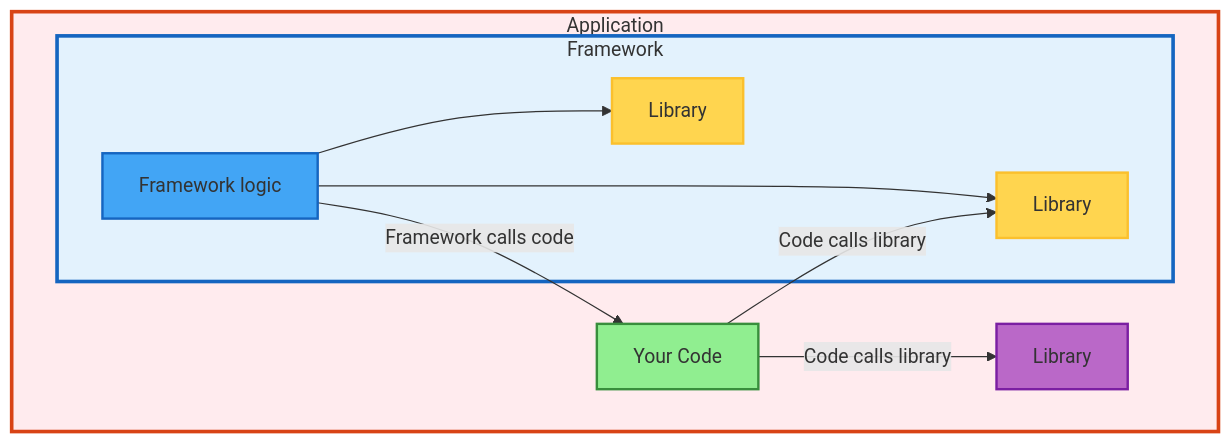
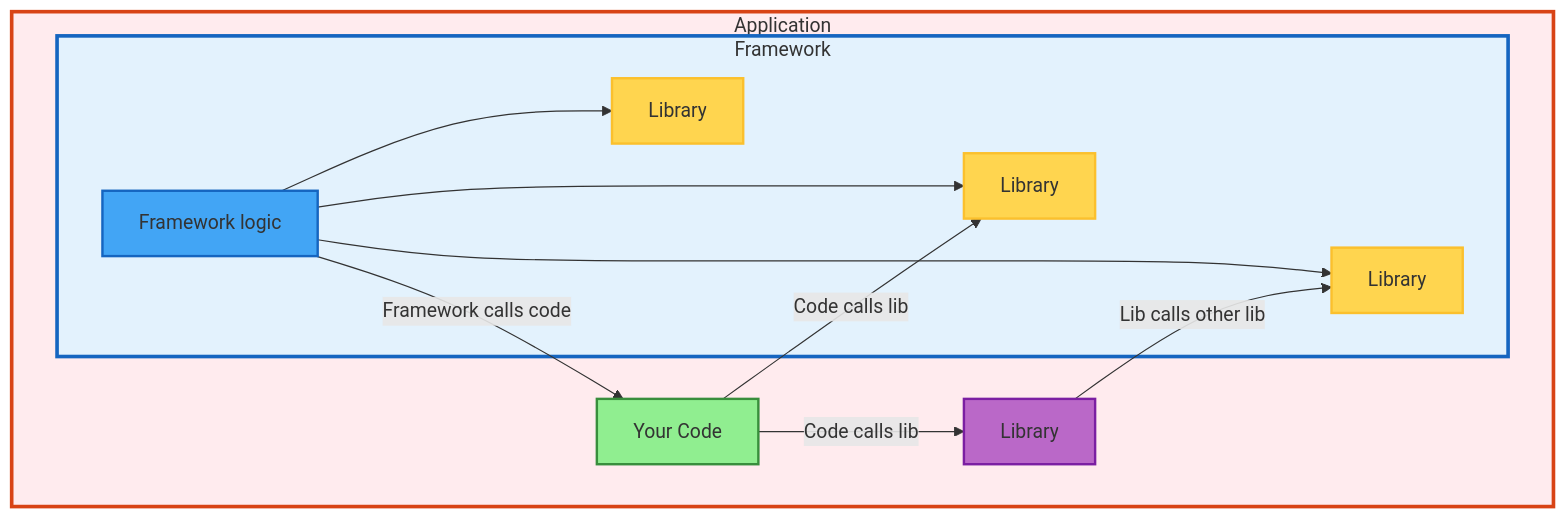
One commit to d2207197/slides-and-docs changed the diagram in sections/02-application-framework-library.md. Above: the diagram before and after it, drawn with Mermaid. The commit also changed other lines of this file, not shown here.

First line of the commit message:
Refine core architectural concepts and dependency strategy

````diff
--- a/sections/02-application-framework-library.md
+++ b/sections/02-application-framework-library.md
@@ -3,29 +3,33 @@
 ```mermaid
 graph TB
     subgraph Application_Container ["Application"]
         Code[Your Code]
         Library[Library]
 
-        Code -->|"Code calls library"| Library
-        Code -->|"Code calls library"| Lib2
+        Code -->|"Code calls lib"| Library
+        Code -->|"Code calls lib"| Lib2
 
         subgraph Framework_Container ["Framework"]
             Framework[Framework logic]
             Lib1[Library]
             Lib2[Library]
+            Lib3[Library]
 
             Framework --> Lib1
             Framework --> Lib2
+            Framework --> Lib3
         end
 
+        Library -->|"Lib calls other lib"| Lib3
         Framework -->|"Framework calls code"| Code
     end
 
     style Code fill:#90EE90,stroke:#388e3c,stroke-width:2px
     style Framework fill:#42a5f5,stroke:#1565c0,stroke-width:2px
     style Library fill:#ba68c8,stroke:#7b1fa2,stroke-width:2px
     style Lib1 fill:#ffd54f,stroke:#fbc02d,stroke-width:2px
     style Lib2 fill:#ffd54f,stroke:#fbc02d,stroke-width:2px
+    style Lib3 fill:#ffd54f,stroke:#fbc02d,stroke-width:2px
     style Framework_Container fill:#e3f2fd,stroke:#1565c0,stroke-width:3px
     style Application_Container fill:#ffebee,stroke:#d84315,stroke-width:3px
 ```
````
